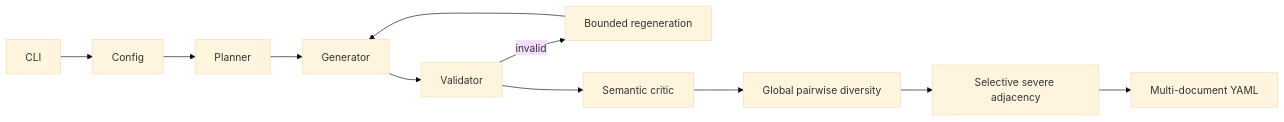
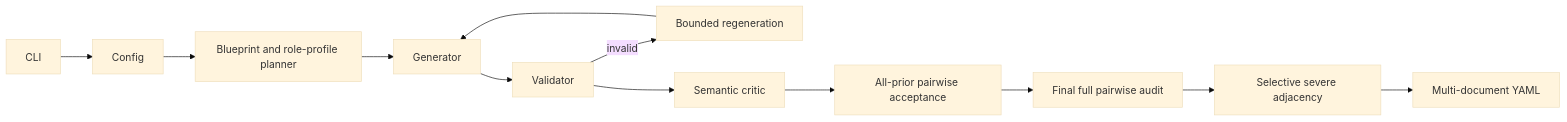
One commit to MTayyabRahimKhan/data_generator_FT changed the diagram in ARCHITECTURE.md. Above: the diagram before and after it, drawn with Mermaid (base theme). The commit also changed other lines of this file and 16 other files, not shown here.

````diff
--- a/ARCHITECTURE.md
+++ b/ARCHITECTURE.md
@@ -6,10 +6,11 @@
 ```mermaid
 flowchart LR
-  CLI --> Config --> Planner --> Generator --> Validator
+  CLI --> Config --> Planner[Blueprint and role-profile planner] --> Generator --> Validator
   Validator -->|invalid| Repair[Bounded regeneration]
   Repair --> Generator
   Validator --> Critic[Semantic critic]
-  Critic --> Diversity[Global pairwise diversity]
-  Diversity --> Ordering[Selective severe adjacency]
+  Critic --> Diversity[All-prior pairwise acceptance]
+  Diversity --> Audit[Final full pairwise audit]
+  Audit --> Ordering[Selective severe adjacency]
   Ordering --> YAML[Multi-document YAML]
 ```
````
